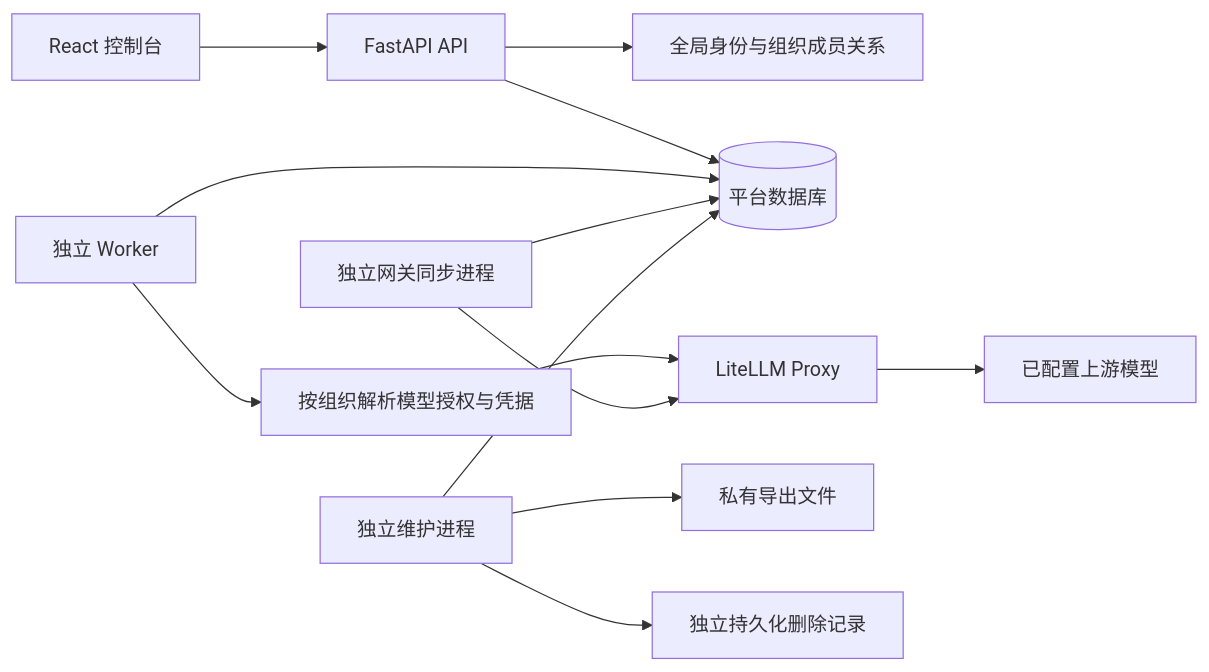
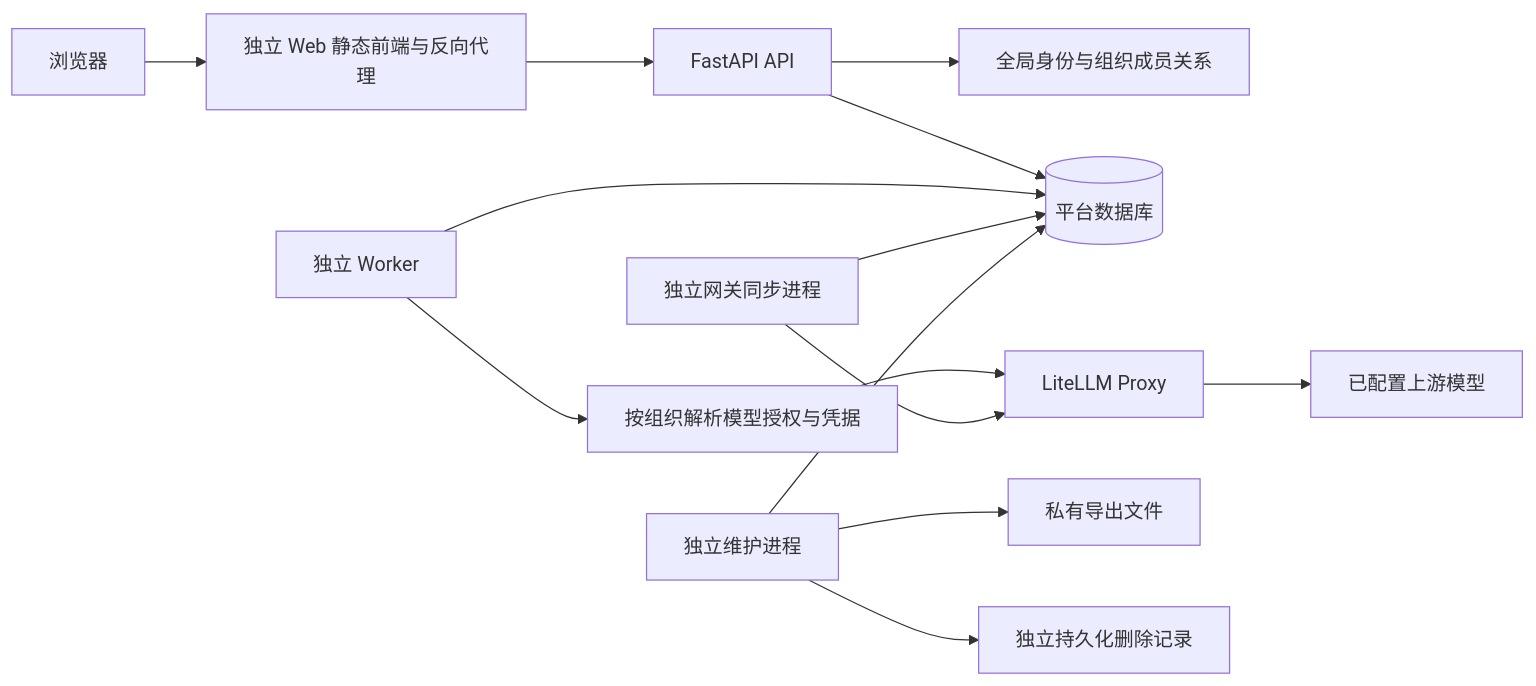
One commit to GHjiejie/Z changed the diagram in agent_platform/docs/multi-tenant-implementation.md. Above: the diagram before and after it, drawn with Mermaid. The commit also changed other lines of this file and 114 other files, not shown here.

Commit message:
feat(agent-platform): decouple services with independent Helm charts

````diff
--- a/agent_platform/docs/multi-tenant-implementation.md
+++ b/agent_platform/docs/multi-tenant-implementation.md
@@ -11,15 +11,16 @@
 ```mermaid
 flowchart LR
-  Browser[React 控制台] --> API[FastAPI API]
+  Browser[浏览器] --> Web[独立 Web 静态前端与反向代理]
+  Web --> API[FastAPI API]
   API --> Identity[全局身份与组织成员关系]
   API --> DB[(平台数据库)]
   Worker[独立 Worker] --> DB
   Worker --> Resolve[按组织解析模型授权与凭据]
   Resolve --> Gateway[LiteLLM Proxy]
   Gateway --> Model[已配置上游模型]
   Sync[独立网关同步进程] --> DB
   Sync --> Gateway
   Maintenance[独立维护进程] --> DB
   Maintenance --> Files[私有导出文件]
   Maintenance --> Tombstone[独立持久化删除记录]
 ```
````
